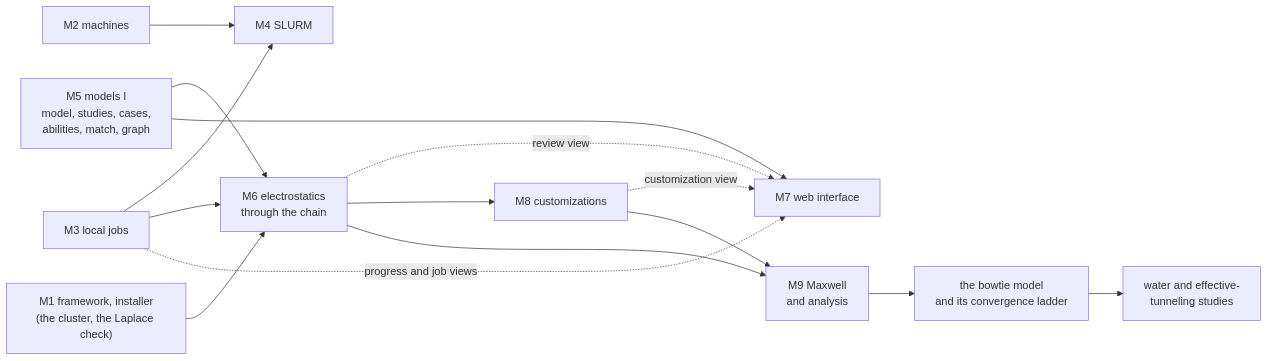
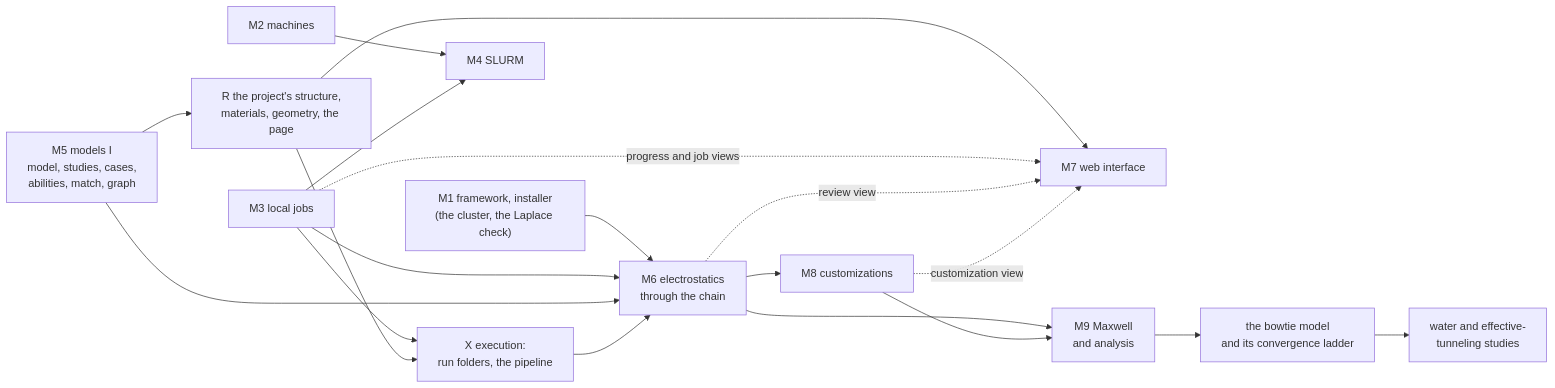
One commit to Qing-LAB/femkit changed the diagram in docs/plans/plan.md. Above: the diagram before and after it, drawn with Mermaid. The commit also changed other lines of this file and 24 other files, not shown here.

Commit message:
docs: projects, materials, geometry and the page, as approved (milestone A)

````diff
--- a/docs/plans/plan.md
+++ b/docs/plans/plan.md
@@ -80,17 +81,21 @@
 ```mermaid
 flowchart LR
     M1["M1 framework, installer<br/>(the cluster, the Laplace check)"] --> M6
     M2["M2 machines"] --> M4["M4 SLURM"]
     M3["M3 local jobs"] --> M4
     M3 --> M6
+    M3 --> X
     M5["M5 models I<br/>model, studies, cases,<br/>abilities, match, graph"] --> M6["M6 electrostatics<br/>through the chain"]
-    M5 --> M7["M7 web interface"]
+    M5 --> R["R the project's structure,<br/>materials, geometry, the page"]
+    R --> X["X execution:<br/>run folders, the pipeline"]
+    X --> M6
+    R --> M7["M7 web interface"]
     M3 -.->|"progress and job views"| M7
     M6 -.->|"review view"| M7
     M6 --> M8["M8 customizations"]
     M8 -.->|"customization view"| M7
     M6 --> M9["M9 Maxwell<br/>and analysis"]
     M8 --> M9
     M9 --> B["the bowtie model<br/>and its convergence ladder"]
     B --> S["water and effective-<br/>tunneling studies"]
 ```
````
